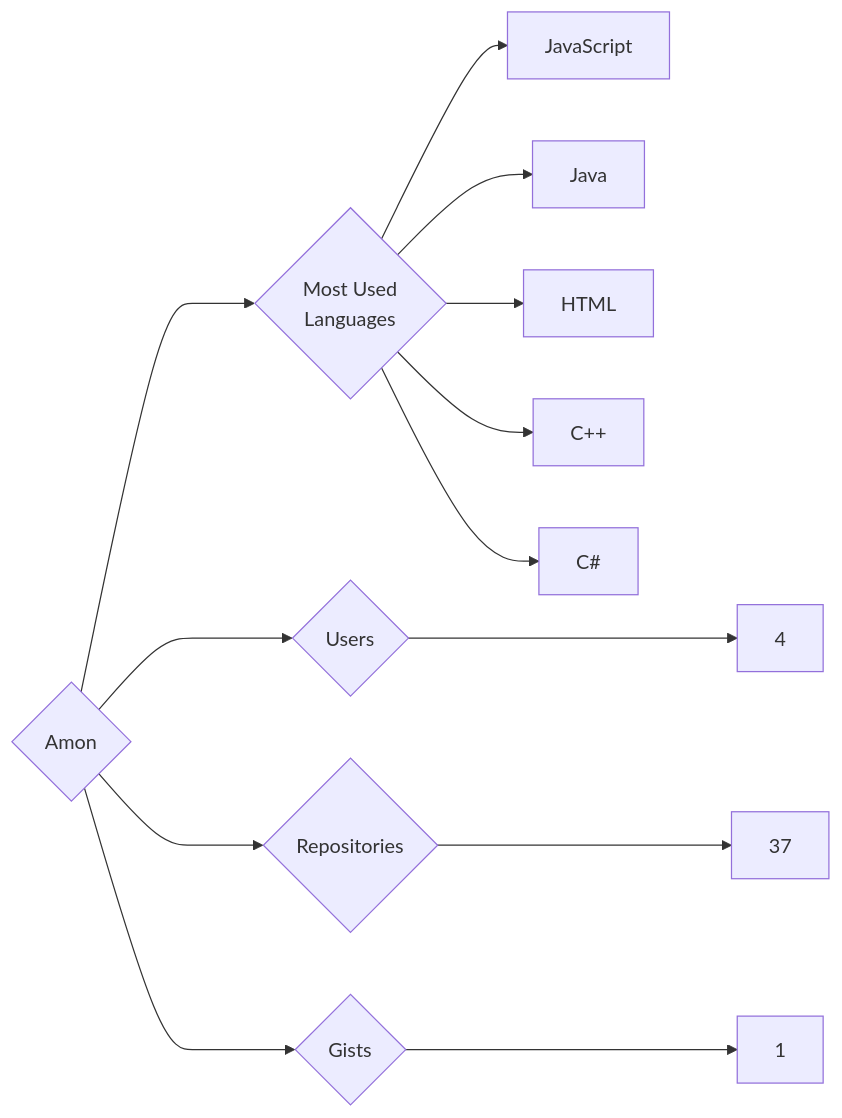
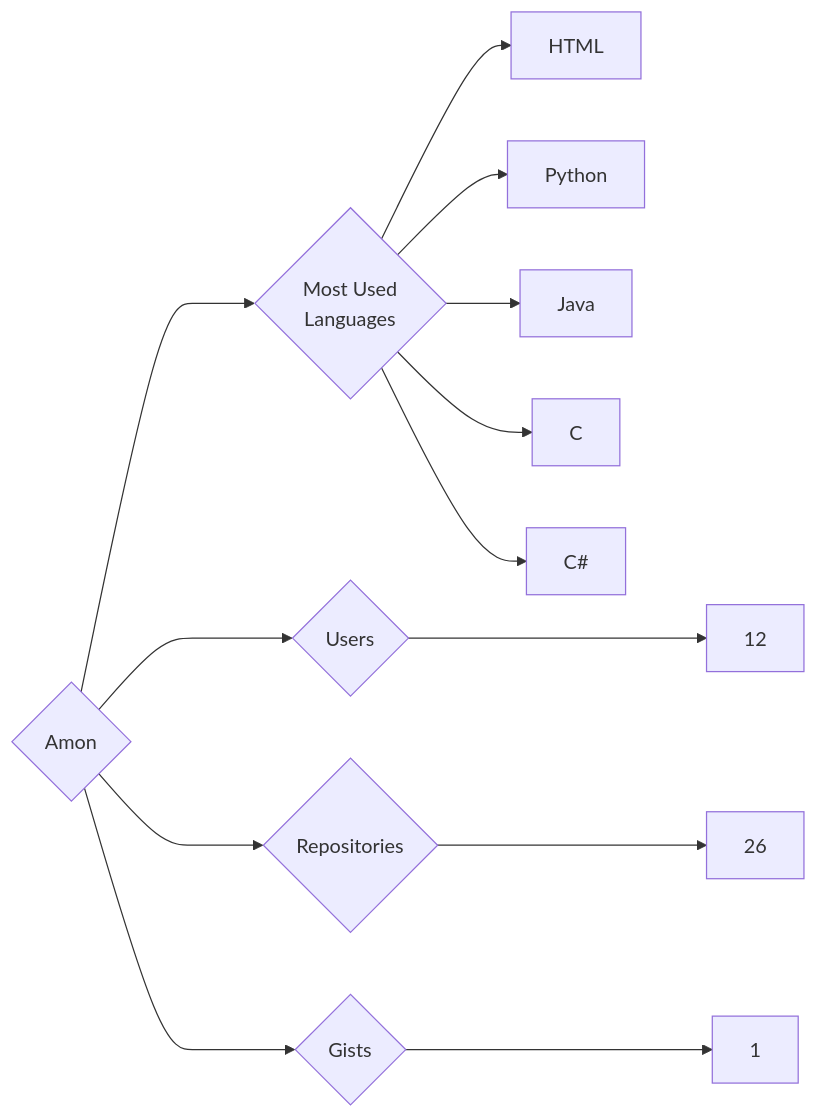
One commit to trickest/insiders changed the diagram in targets/Amon/README.md. Above: the diagram before and after it, drawn with Mermaid. The commit also changed 682 other files, not shown here.

````diff
--- a/targets/Amon/README.md
+++ b/targets/Amon/README.md
@@ -3,13 +3,13 @@
 ```mermaid
 graph LR
 COMPANY_NAME{Amon}
-COMPANY_NAME ---> U{Users} ---> UN[4]
-COMPANY_NAME ---> R{Repositories} ---> RN[37]
+COMPANY_NAME ---> U{Users} ---> UN[12]
+COMPANY_NAME ---> R{Repositories} ---> RN[26]
 COMPANY_NAME ---> G{Gists} ---> GN[1]
 COMPANY_NAME ---> ML{Most Used<br>Languages}
-ML --> JavaScript[JavaScript]
+ML --> HTML[HTML]
+ML --> Python[Python]
 ML --> Java[Java]
-ML --> HTML[HTML]
-ML --> C++[C++]
+ML --> C[C]
 ML --> C#[C#]
 ```
````
